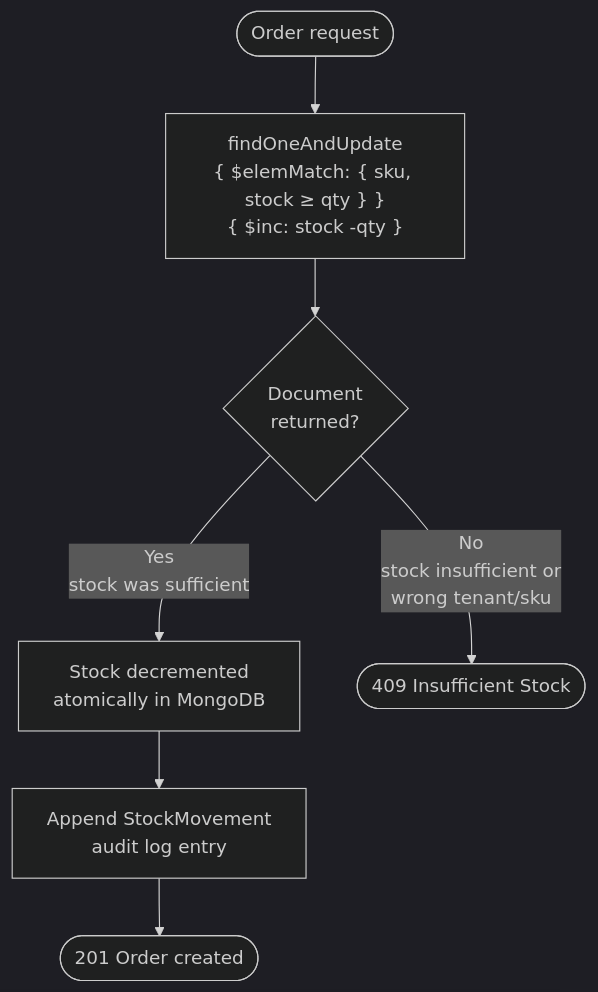
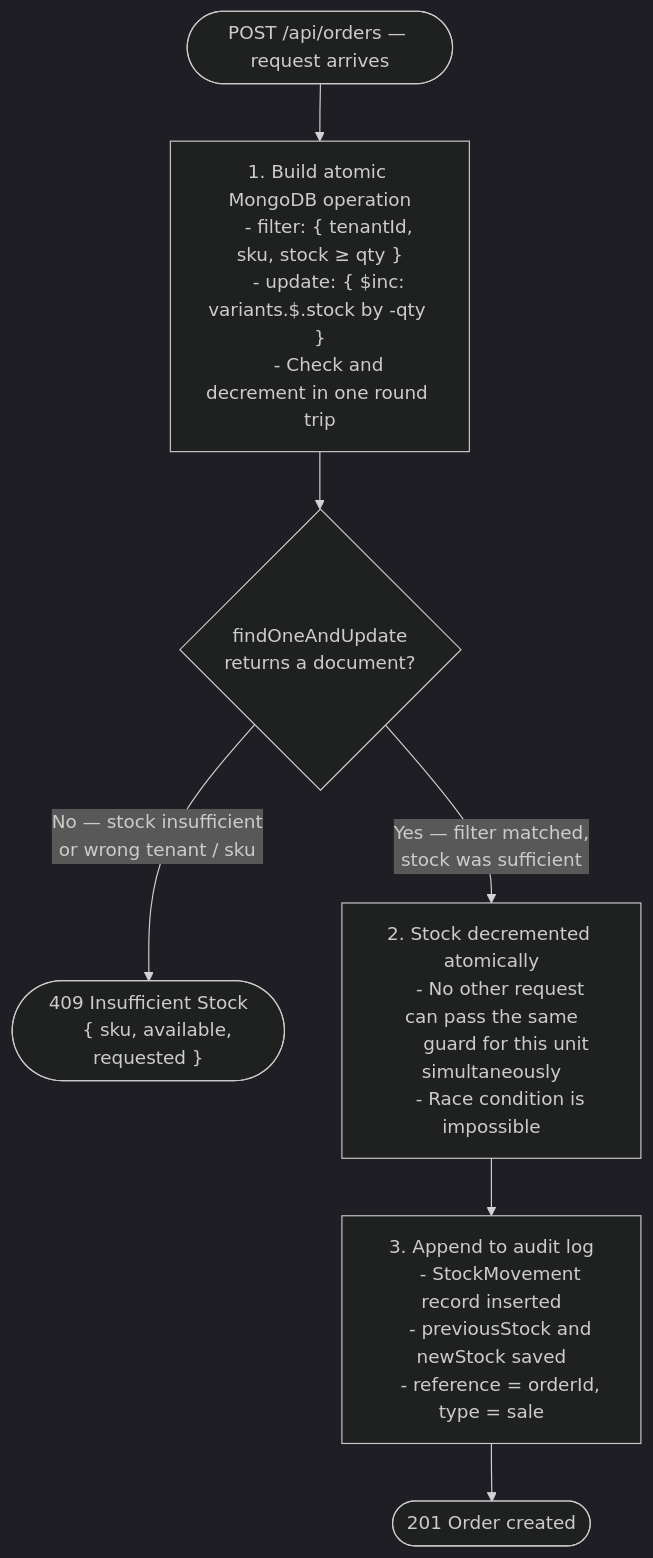
Before and after one commit to arnabbhakta791/inventory-management-system: the third of 7 diagrams in ARCHITECTURE.md, drawn with Mermaid (dark theme). The commit also changed other lines of this file, not shown here.

First line of the commit message:
docs: rewrite flowcharts with numbered steps and descriptive sub-points

````diff
--- a/ARCHITECTURE.md
+++ b/ARCHITECTURE.md
@@ -104,9 +121,33 @@
 ```mermaid
 flowchart TD
-    A([Order request]) --> B["findOneAndUpdate\n{ $elemMatch: { sku, stock ≥ qty } }\n{ $inc: stock -qty }"]
-    B --> C{Document\nreturned?}
-    C -- Yes\nstock was sufficient --> D[Stock decremented\natomically in MongoDB]
-    C -- No\nstock insufficient or\nwrong tenant/sku --> E([409 Insufficient Stock])
-    D --> F[Append StockMovement\naudit log entry]
-    F --> G([201 Order created])
+    Start(["POST /api/orders — request arrives"])
+    Start --> A
+
+    A["1. Build atomic MongoDB operation
+    - filter: { tenantId, sku, stock ≥ qty }
+    - update: { $inc: variants.$.stock by -qty }
+    - Check and decrement in one round trip"]
+
+    A --> B{findOneAndUpdate\nreturns a document?}
+
+    B -- "No — stock insufficient
+    or wrong tenant / sku" --> Err(["409 Insufficient Stock
+    { sku, available, requested }"])
+
+    B -- "Yes — filter matched,
+    stock was sufficient" --> C
+
+    C["2. Stock decremented atomically
+    - No other request can pass the same
+      guard for this unit simultaneously
+    - Race condition is impossible"]
+
+    C --> D
+
+    D["3. Append to audit log
+    - StockMovement record inserted
+    - previousStock and newStock saved
+    - reference = orderId, type = sale"]
+
+    D --> End(["201 Order created"])
 ```
````
